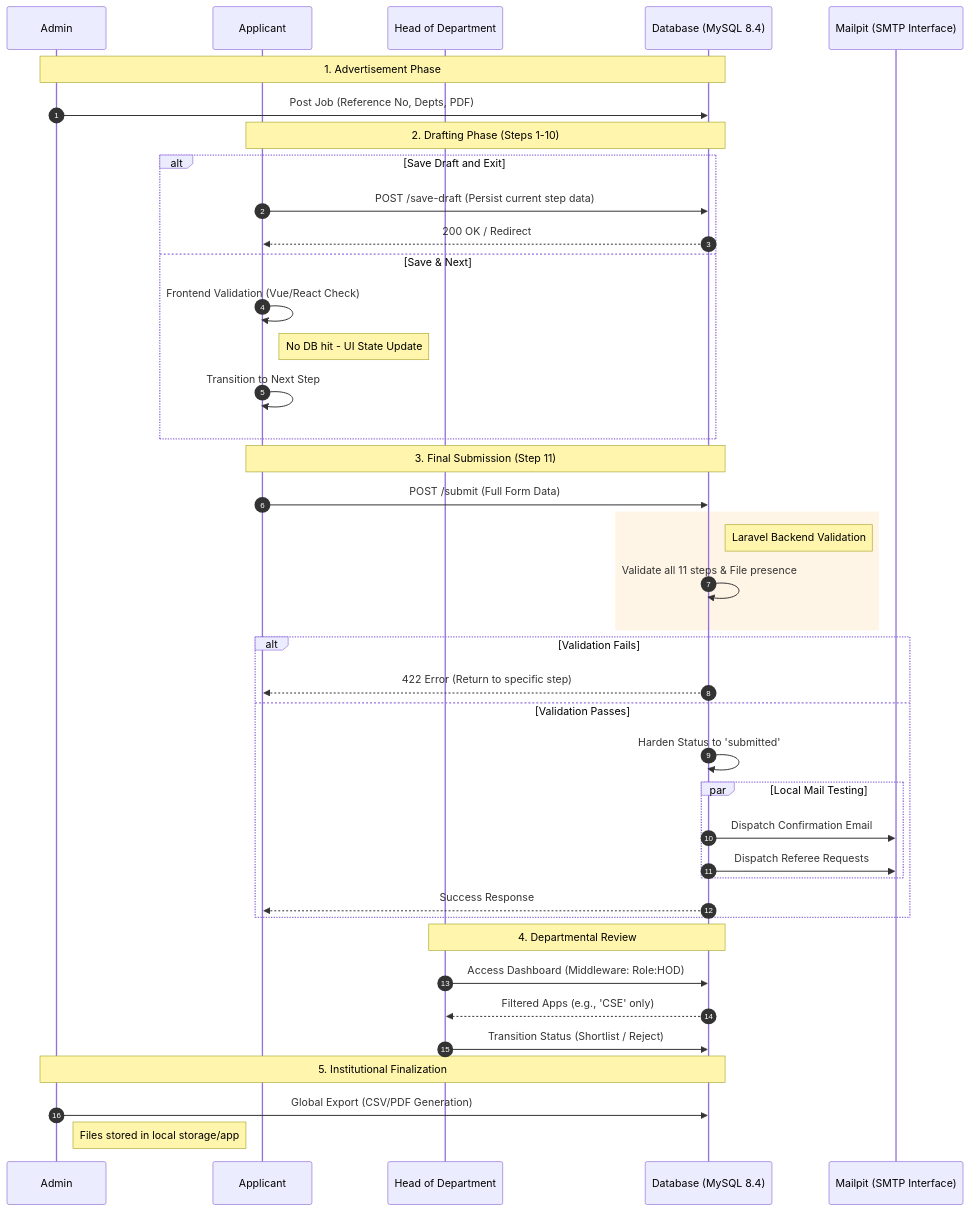
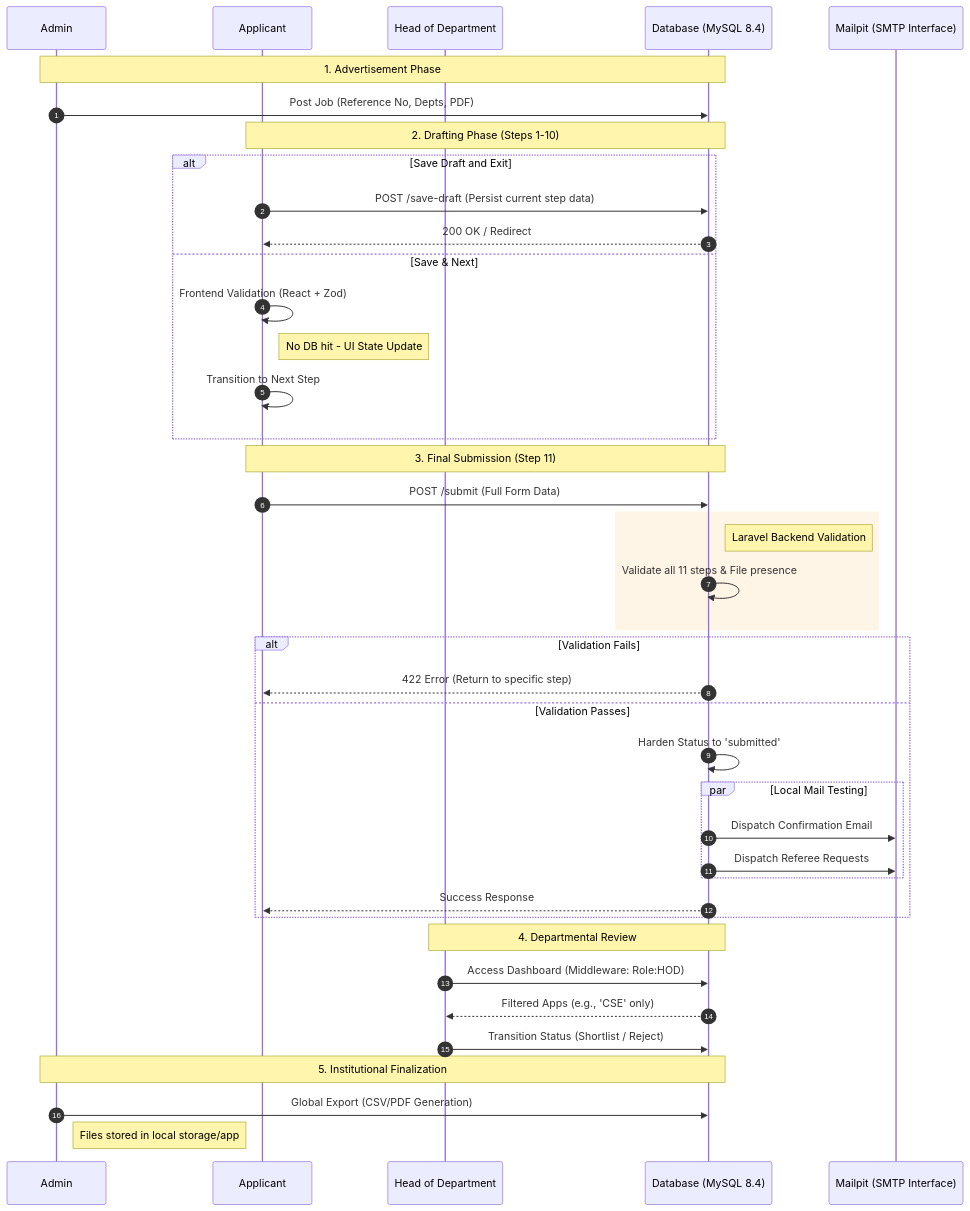
Before and after one commit to varunbalaji167/FRS_Laravel: the diagram in README.md, drawn with Mermaid. The commit also changed other lines of this file and 15 other files, not shown here.

````diff
--- a/README.md
+++ b/README.md
@@ -57,51 +57,51 @@
 ```mermaid
 sequenceDiagram
     autonumber
     participant A as Admin
     participant App as Applicant
     participant HOD as Head of Department
     participant DB as Database (MySQL 8.4)
     participant M as Mailpit (SMTP Interface)
 
     Note over A, DB: 1. Advertisement Phase
     A->>DB: Post Job (Reference No, Depts, PDF)
     
     Note over App, DB: 2. Drafting Phase (Steps 1-10)
     
     alt Save Draft and Exit
         App->>DB: POST /save-draft (Persist current step data)
         DB-->>App: 200 OK / Redirect
     else Save & Next
-        App->>App: Frontend Validation (Vue/React Check)
+        App->>App: Frontend Validation (React + Zod)
         Note right of App: No DB hit - UI State Update
         App->>App: Transition to Next Step
     end
 
     Note over App, DB: 3. Final Submission (Step 11)
     App->>DB: POST /submit (Full Form Data)
     
     rect rgb(255, 245, 230)
         Note right of DB: Laravel Backend Validation
         DB->>DB: Validate all 11 steps & File presence
     end
 
     alt Validation Fails
         DB-->>App: 422 Error (Return to specific step)
     else Validation Passes
         DB->>DB: Harden Status to 'submitted'
         par Local Mail Testing
             DB->>M: Dispatch Confirmation Email
             DB->>M: Dispatch Referee Requests
         end
         DB-->>App: Success Response
     end
 
     Note over HOD, DB: 4. Departmental Review
     HOD->>DB: Access Dashboard (Middleware: Role:HOD)
     DB-->>HOD: Filtered Apps (e.g., 'CSE' only)
     HOD->>DB: Transition Status (Shortlist / Reject)
 
     Note over A, DB: 5. Institutional Finalization
     A->>DB: Global Export (CSV/PDF Generation)
     Note right of A: Files stored in local storage/app
 ```
````
